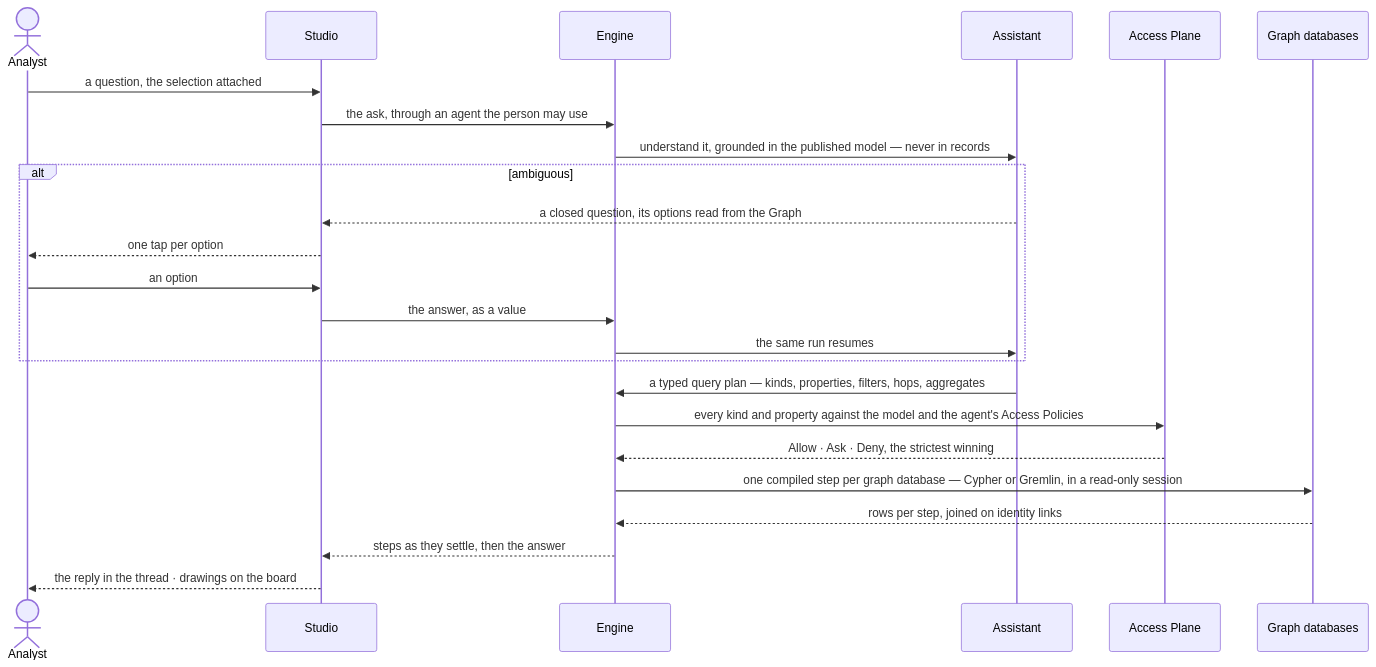
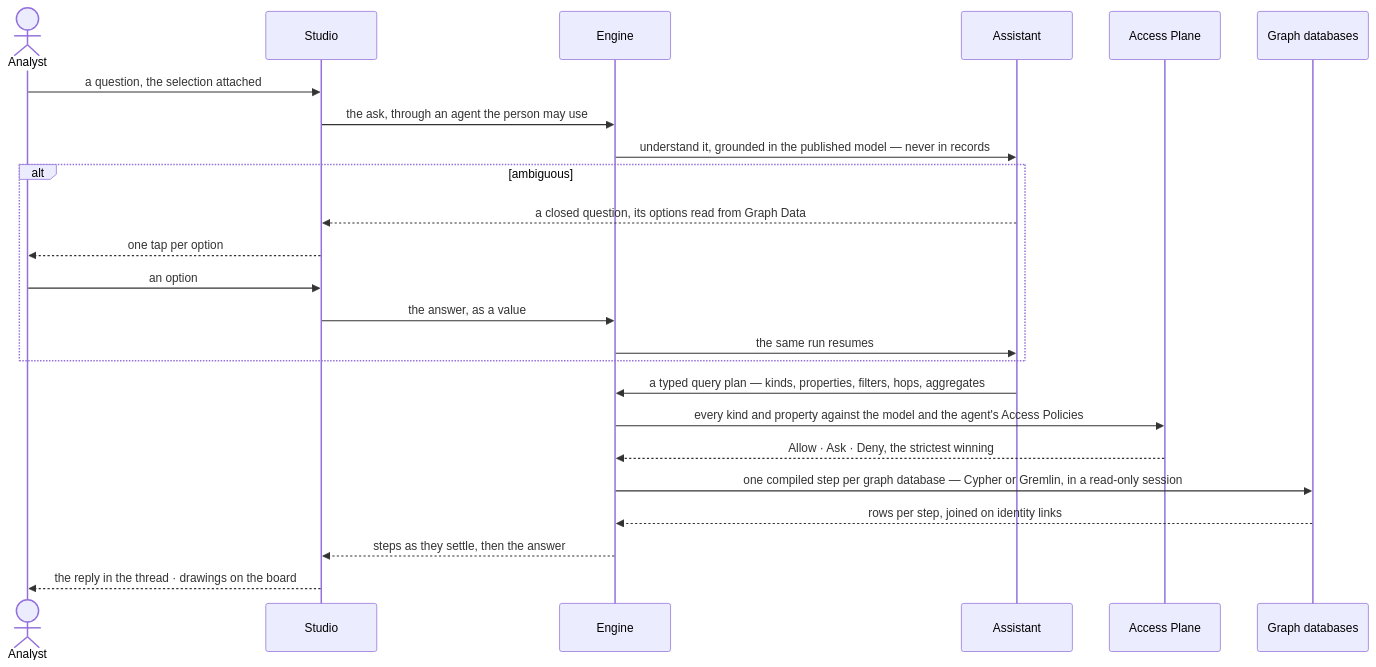
The second of 2 diagrams in specs/capabilities/explore/features/EX-F03-ask-a-question/feature.md (invana/invana), drawn with Mermaid before and after one commit. The commit also changed other lines of this file and 69 other files, not shown here.

First line of the commit message:
feat(specs): retire Graph as an object — Graph Data is the screen word

````diff
--- a/specs/capabilities/explore/features/EX-F03-ask-a-question/feature.md
+++ b/specs/capabilities/explore/features/EX-F03-ask-a-question/feature.md
@@ -60,26 +60,26 @@
 ```mermaid
 sequenceDiagram
   actor P as Analyst
   participant S as Studio
   participant E as Engine
   participant A as Assistant
   participant X as Access Plane
   participant D as Graph databases
   P->>S: a question, the selection attached
   S->>E: the ask, through an agent the person may use
   E->>A: understand it, grounded in the published model — never in records
   alt ambiguous
-    A-->>S: a closed question, its options read from the Graph
+    A-->>S: a closed question, its options read from Graph Data
     S-->>P: one tap per option
     P->>S: an option
     S->>E: the answer, as a value
     E->>A: the same run resumes
   end
   A->>E: a typed query plan — kinds, properties, filters, hops, aggregates
   E->>X: every kind and property against the model and the agent's Access Policies
   X-->>E: Allow · Ask · Deny, the strictest winning
   E->>D: one compiled step per graph database — Cypher or Gremlin, in a read-only session
   D-->>E: rows per step, joined on identity links
   E-->>S: steps as they settle, then the answer
   S-->>P: the reply in the thread · drawings on the board
 ```
````
